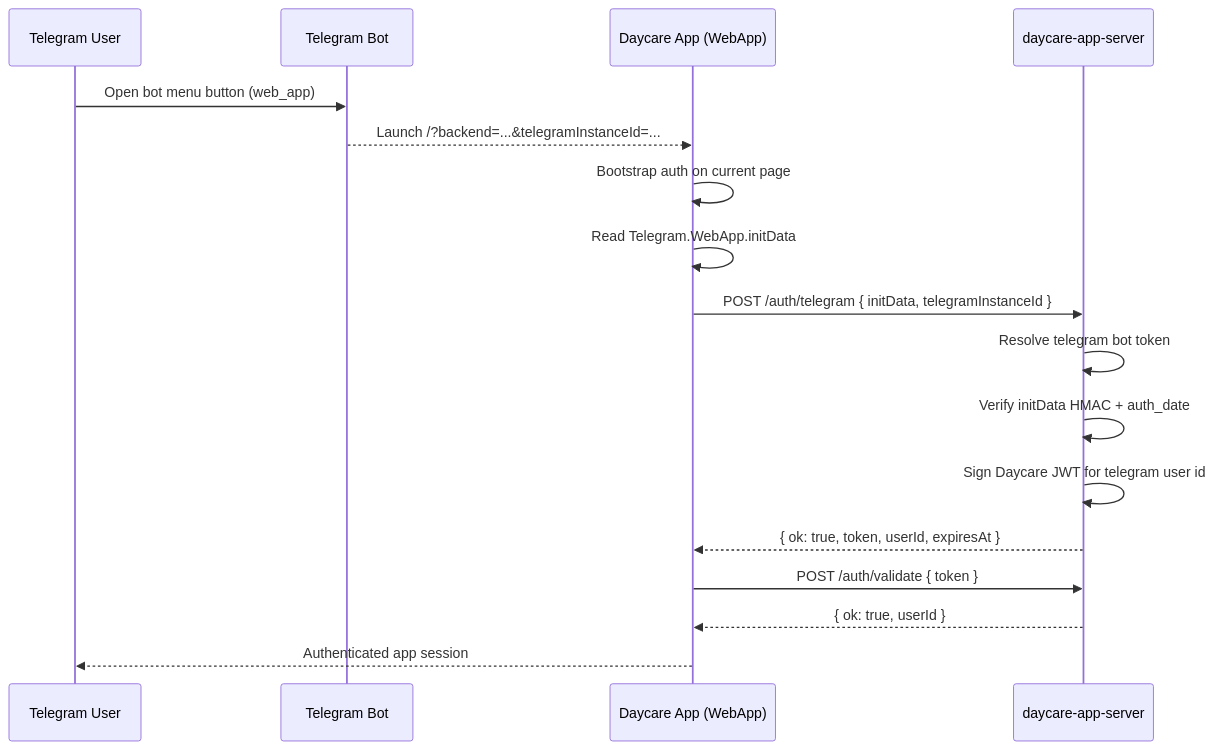
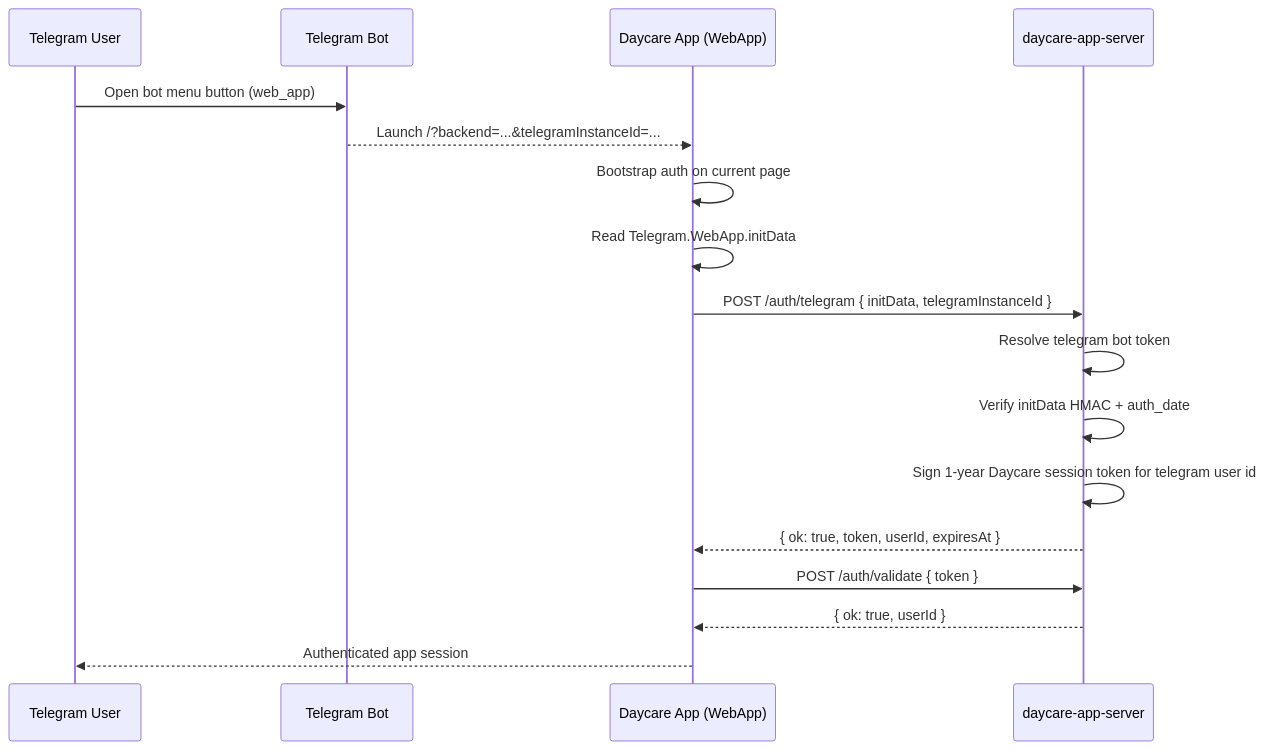
Before and after one commit to ex3ndr/daycare: the diagram in doc/telegram-webapp-auth.md, drawn with Mermaid. The commit also changed other lines of this file and 15 other files, not shown here.

````diff
--- a/doc/telegram-webapp-auth.md
+++ b/doc/telegram-webapp-auth.md
@@ -25,20 +25,20 @@
 ```mermaid
 sequenceDiagram
     participant U as Telegram User
     participant T as Telegram Bot
     participant A as Daycare App (WebApp)
     participant S as daycare-app-server
 
     U->>T: Open bot menu button (web_app)
     T-->>A: Launch /?backend=...&telegramInstanceId=...
     A->>A: Bootstrap auth on current page
     A->>A: Read Telegram.WebApp.initData
     A->>S: POST /auth/telegram { initData, telegramInstanceId }
     S->>S: Resolve telegram bot token
     S->>S: Verify initData HMAC + auth_date
-    S->>S: Sign Daycare JWT for telegram user id
+    S->>S: Sign 1-year Daycare session token for telegram user id
     S-->>A: { ok: true, token, userId, expiresAt }
     A->>S: POST /auth/validate { token }
     S-->>A: { ok: true, userId }
     A-->>U: Authenticated app session
 ```
````
